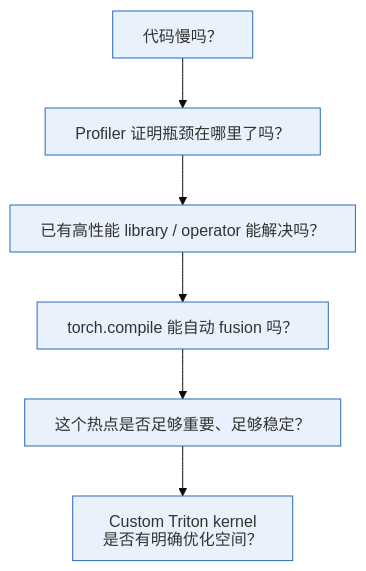
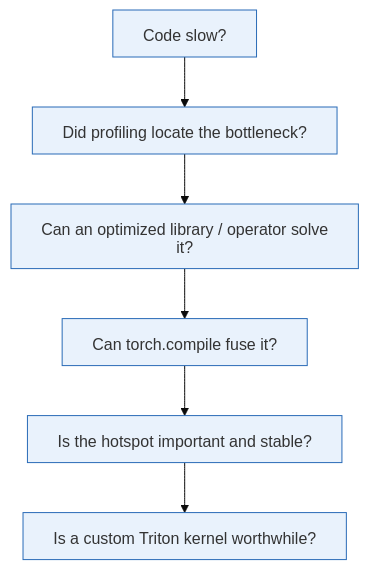
One commit to jshn9515/deep-learning-notes changed the diagram in en/ch12-llm-training-engineering/figures/ch12.8-summary.mmd. Above: the diagram before and after it, drawn with Mermaid. The commit also changed 11 other files, not shown here.

Commit message:
DOC: Translate Chapter 12 diagram labels

```diff
--- a/en/ch12-llm-training-engineering/figures/ch12.8-summary.mmd
+++ b/en/ch12-llm-training-engineering/figures/ch12.8-summary.mmd
@@ -1,39 +1,39 @@
 ---
 config:
   startOnLoad: false
   theme: base
   htmlLabels: false
   fontFamily: Arial, Microsoft YaHei, Noto Serif CJK SC, sans-serif
   themeVariables:
     fontSize: 16px
     primaryColor: "#e9f2fc"
     primaryBorderColor: "#296bb7"
     primaryTextColor: "#333333"
     lineColor: "#0b0b0b"
 
   flowchart:
     wrappingWidth: 300
 
   themeCSS: |
     .node text,
     .nodeLabel,
     .label text {
       font-weight: 400;
       font-style: normal;
     }
 
     .node rect,
     .flowchart-link {
       stroke-width: 1px;
     }
 ---
 
 flowchart TD
-    A["代码慢吗？"]
-    B["Profiler 证明瓶颈在哪里了吗？"]
-    C["已有高性能 library / operator 能解决吗？"]
-    D["torch.compile 能自动 fusion 吗？"]
-    E["这个热点是否足够重要、足够稳定？"]
-    F["Custom Triton kernel 是否有明确优化空间？"]
+    A["Code slow?"]
+    B["Did profiling locate the bottleneck?"]
+    C["Can an optimized library / operator solve it?"]
+    D["Can torch.compile fuse it?"]
+    E["Is the hotspot important and stable?"]
+    F["Is a custom Triton kernel worthwhile?"]
 
     A --> B --> C --> D --> E --> F
```
